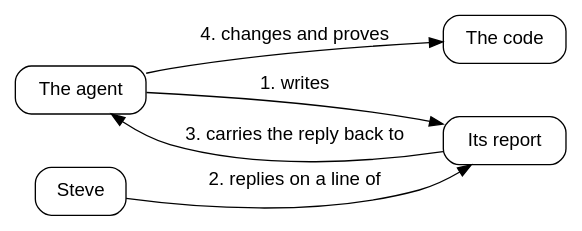
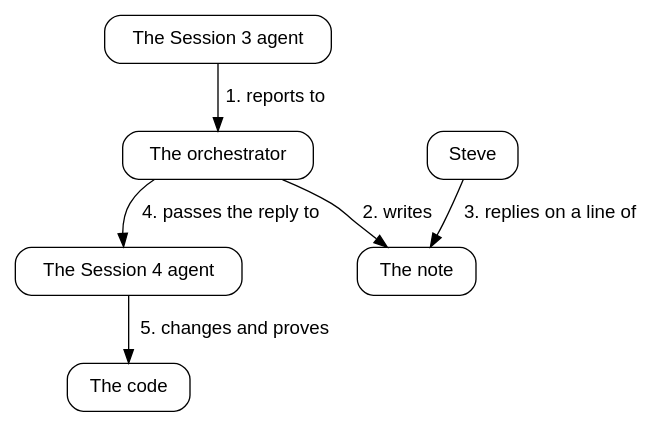
Before and after one commit to showell/shale: the first of 4 diagrams in book/book.md, drawn with Graphviz. The commit also changed other lines of this file and 3 other files, not shown here.

Commit message:
One loop, after its reviews: the orchestrator in the diagram, writing the note and passing the reply on, spelled out; headings are the arrows word for word; judge a change by its proof; negatives held at 107

````diff
--- a/book/book.md
+++ b/book/book.md
@@ -120,15 +120,18 @@
 ```dot
 digraph turn {
-  rankdir=LR;
+  rankdir=TB;
   node [shape=box, style="rounded", fontname="Helvetica", margin="0.2,0.1"];
   edge [fontname="Helvetica"];
-  agent [label="The agent"];
-  report [label="Its report"];
+  agent3 [label="The Session 3 agent"];
+  orchestrator [label="The orchestrator"];
+  note [label="The note"];
   steve [label="Steve"];
+  agent4 [label="The Session 4 agent"];
   code [label="The code"];
-  agent -> report [label="1. writes"];
-  steve -> report [label="2. replies on a line of"];
-  report -> agent [label="3. carries the reply back to"];
-  agent -> code [label="4. changes and proves"];
+  agent3 -> orchestrator [label="1. reports to"];
+  orchestrator -> note [label="2. writes"];
+  steve -> note [label="3. replies on a line of"];
+  orchestrator -> agent4 [label="4. passes the reply to"];
+  agent4 -> code [label="5. changes and proves"];
 }
 ```
````
